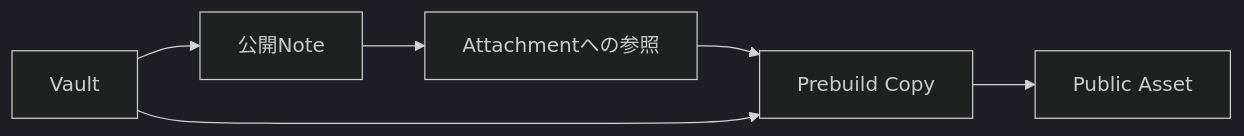
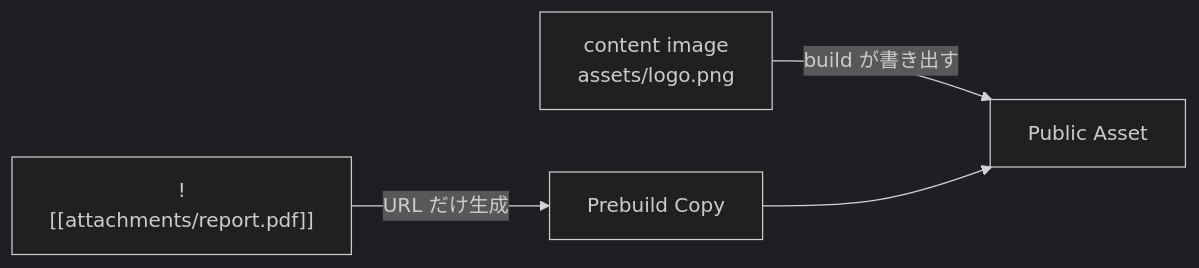
Before and after one commit to Rerurate514/riebeckite: the ninth of 13 diagrams in docs/ja/docs/guides/deployment/separate-content-repository.md, drawn with Mermaid (dark theme). The commit also changed other lines of this file and 3 other files, not shown here.

Commit message:
ガイドの asset 説明を content image と attachment に分ける

````diff
--- a/docs/ja/docs/guides/deployment/separate-content-repository.md
+++ b/docs/ja/docs/guides/deployment/separate-content-repository.md
@@ -885,14 +893,9 @@
 ```mermaid id="4nfh04"
 flowchart LR
-    Vault["Vault"]
-    Note["公開Note"]
-    Reference["Attachmentへの参照"]
-    Copy["Prebuild Copy"]
-    Public["Public Asset"]
+    Image["content image<br/>assets/logo.png"]
+    Attach["![[attachments/report.pdf]]"]
 
-    Vault --> Note
-    Note --> Reference
-    Reference --> Copy
-    Vault --> Copy
+    Image -->|"build が書き出す"| Public["Public Asset"]
+    Attach -->|"URL だけ生成"| Copy["Prebuild Copy"]
     Copy --> Public
 ```
````
